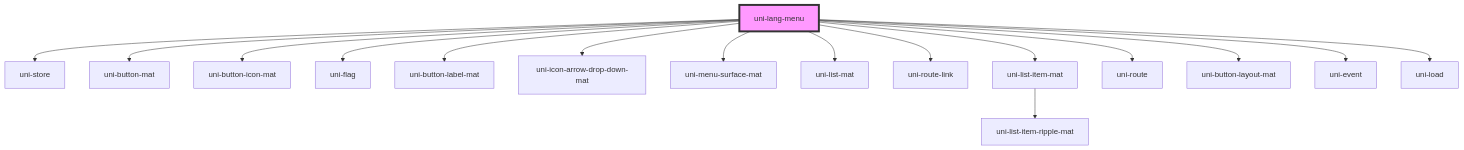
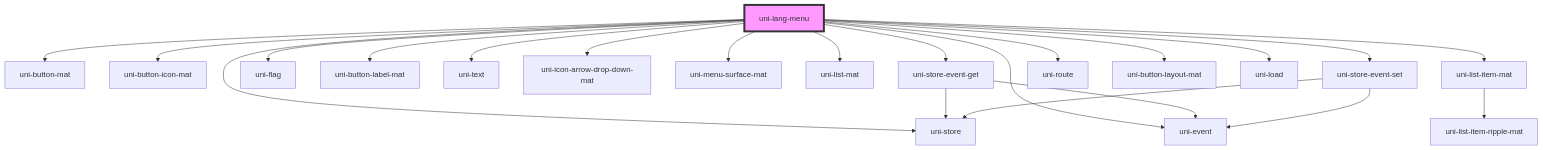
One commit to uiregex/uni-localize changed the diagram in src/lang-menu/components/@main/readme.md. Above: the diagram before and after it, drawn with Mermaid. The commit also changed other lines of this file and 6 other files, not shown here.

````diff
--- a/src/lang-menu/components/@main/readme.md
+++ b/src/lang-menu/components/@main/readme.md
@@ -45,19 +47,25 @@
 ```mermaid
 graph TD;
   uni-lang-menu --> uni-store
   uni-lang-menu --> uni-button-mat
   uni-lang-menu --> uni-button-icon-mat
+  uni-lang-menu --> uni-store-event-get
   uni-lang-menu --> uni-flag
   uni-lang-menu --> uni-button-label-mat
+  uni-lang-menu --> uni-text
   uni-lang-menu --> uni-icon-arrow-drop-down-mat
   uni-lang-menu --> uni-menu-surface-mat
   uni-lang-menu --> uni-list-mat
-  uni-lang-menu --> uni-route-link
+  uni-lang-menu --> uni-store-event-set
   uni-lang-menu --> uni-list-item-mat
   uni-lang-menu --> uni-route
   uni-lang-menu --> uni-button-layout-mat
   uni-lang-menu --> uni-event
   uni-lang-menu --> uni-load
+  uni-store-event-get --> uni-event
+  uni-store-event-get --> uni-store
+  uni-store-event-set --> uni-event
+  uni-store-event-set --> uni-store
   uni-list-item-mat --> uni-list-item-ripple-mat
   style uni-lang-menu fill:#f9f,stroke:#333,stroke-width:4px
 ```
````
